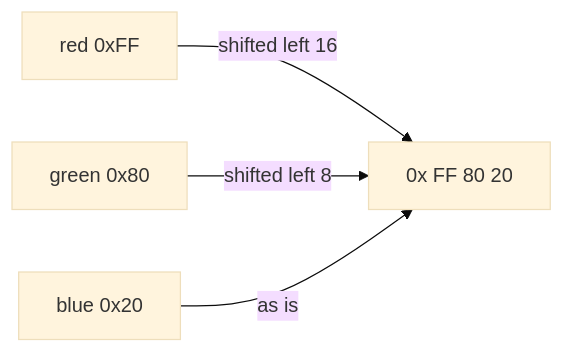
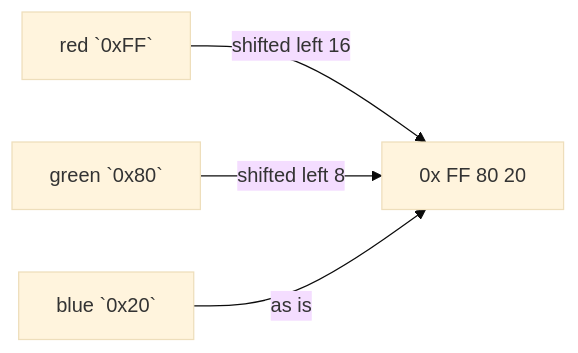
Before and after one commit to rux-lang/Web: the diagram in content/docs/1.learn/16.numbers/05.shift.md, drawn with Mermaid (base theme). The commit also changed 187 other files, not shown here.

First line of the commit message:
Draw the Learn diagrams for phones, with code in the mono face

````diff
--- a/content/docs/1.learn/16.numbers/05.shift.md
+++ b/content/docs/1.learn/16.numbers/05.shift.md
@@ -91,6 +91,6 @@
 ```mermaid
 flowchart LR
-    r["red 0xFF"] -- "shifted left 16" --> c["0x FF 80 20"]
-    g["green 0x80"] -- "shifted left 8" --> c
-    b["blue 0x20"] -- "as is" --> c
+    r["red `0xFF`"] -- "shifted left 16" --> c["`0x FF 80 20`"]
+    g["green `0x80`"] -- "shifted left 8" --> c
+    b["blue `0x20`"] -- "as is" --> c
 ```
````
